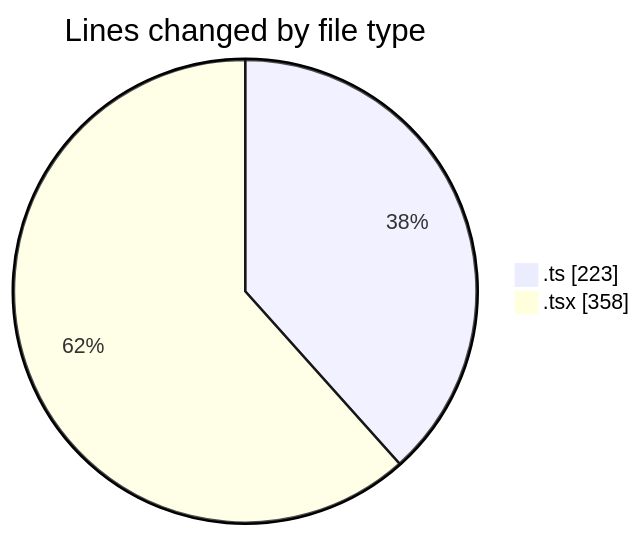
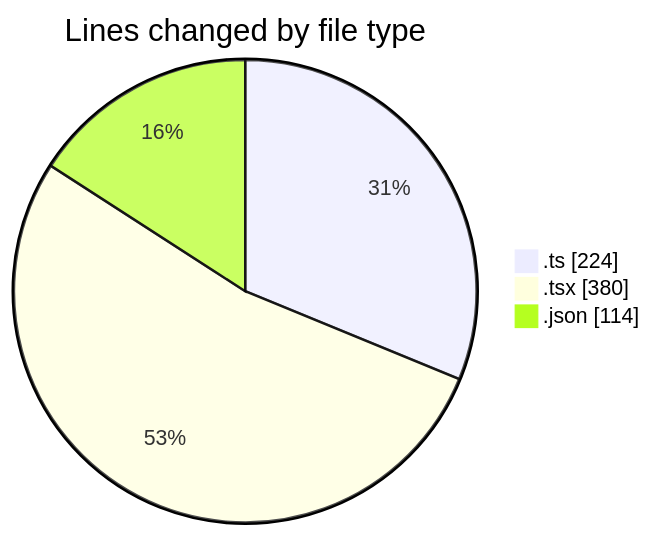
Before and after one commit to julien-gomy/code-tracking: the first of 2 diagrams in 2025-11-10/eventscop-frontend-guide__workspace_/README.md, drawn with Mermaid. The commit also changed other lines of this file and 1 other file, not shown here.

````diff
--- a/2025-11-10/eventscop-frontend-guide__workspace_/README.md
+++ b/2025-11-10/eventscop-frontend-guide__workspace_/README.md
@@ -22,6 +24,7 @@
 ```mermaid
 pie showData
 title Lines changed by file type
-".ts" : 223
-".tsx" : 358
+".ts" : 224
+".tsx" : 380
+".json" : 114
 ```
````
